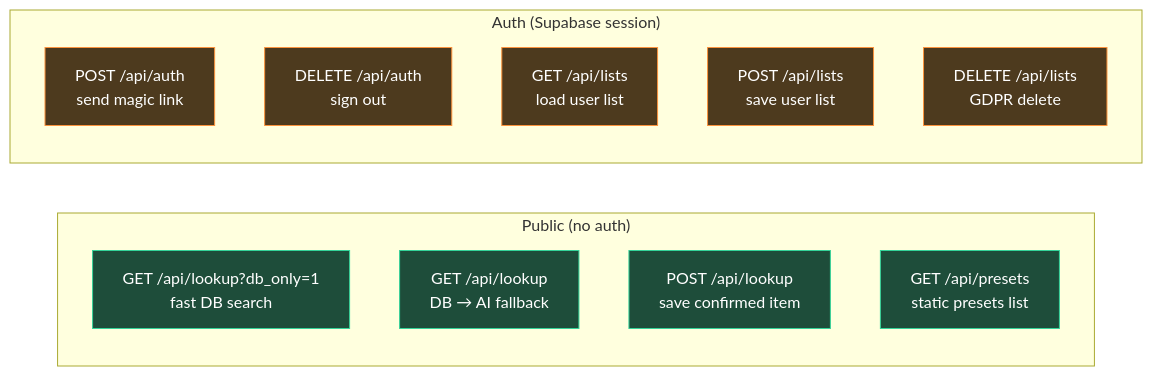
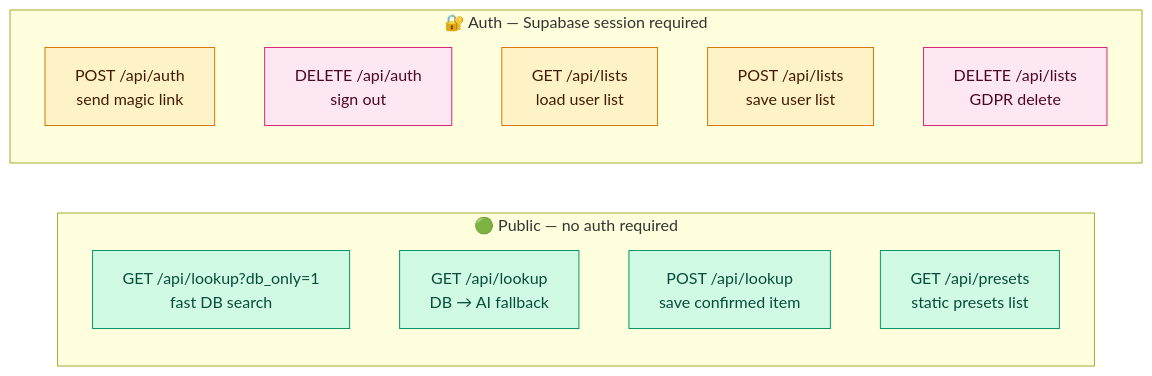
The eighth of 14 diagrams in docs/architecture.md (alexzhel-io/veloadout), drawn with Mermaid before and after one commit. The commit also changed other lines of this file and 1 other file, not shown here.

Commit message:
docs: translate to English, pastel colors on all diagrams

````diff
--- a/docs/architecture.md
+++ b/docs/architecture.md
@@ -300,27 +319,27 @@
 ```mermaid
 graph LR
-    subgraph Public["Public (no auth)"]
+    subgraph Public["🟢 Public — no auth required"]
         L1["GET /api/lookup?db_only=1<br>fast DB search"]
         L2["GET /api/lookup<br>DB → AI fallback"]
         L3["POST /api/lookup<br>save confirmed item"]
         P["GET /api/presets<br>static presets list"]
     end
 
-    subgraph Auth["Auth (Supabase session)"]
+    subgraph Auth["🔐 Auth — Supabase session required"]
         A1["POST /api/auth<br>send magic link"]
         A2["DELETE /api/auth<br>sign out"]
         LS1["GET /api/lists<br>load user list"]
         LS2["POST /api/lists<br>save user list"]
         LS3["DELETE /api/lists<br>GDPR delete"]
     end
 
-    style L1 fill:#1e4d3a,stroke:#34d399,color:#fff
-    style L2 fill:#1e4d3a,stroke:#34d399,color:#fff
-    style L3 fill:#1e4d3a,stroke:#34d399,color:#fff
-    style P fill:#1e4d3a,stroke:#34d399,color:#fff
-    style A1 fill:#4d3a1e,stroke:#fb923c,color:#fff
-    style A2 fill:#4d3a1e,stroke:#fb923c,color:#fff
-    style LS1 fill:#4d3a1e,stroke:#fb923c,color:#fff
-    style LS2 fill:#4d3a1e,stroke:#fb923c,color:#fff
-    style LS3 fill:#4d3a1e,stroke:#fb923c,color:#fff
+    style L1 fill:#d1fae5,stroke:#059669,color:#064e3b
+    style L2 fill:#d1fae5,stroke:#059669,color:#064e3b
+    style L3 fill:#d1fae5,stroke:#059669,color:#064e3b
+    style P fill:#d1fae5,stroke:#059669,color:#064e3b
+    style A1 fill:#fef3c7,stroke:#d97706,color:#451a03
+    style A2 fill:#fce7f3,stroke:#db2777,color:#500724
+    style LS1 fill:#fef3c7,stroke:#d97706,color:#451a03
+    style LS2 fill:#fef3c7,stroke:#d97706,color:#451a03
+    style LS3 fill:#fce7f3,stroke:#db2777,color:#500724
 ```
````
